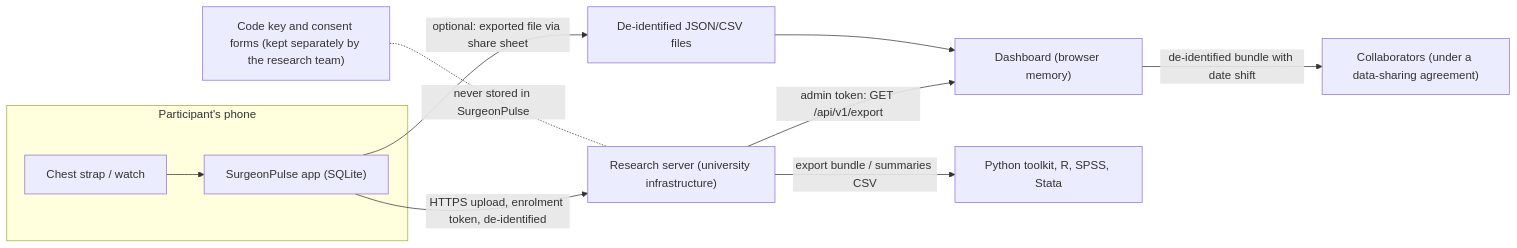
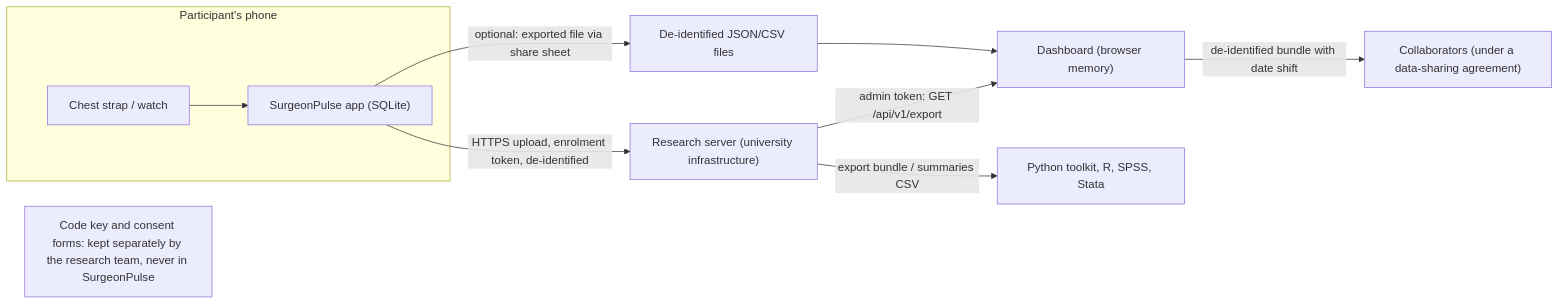
Before and after one commit to omargad/Assistive-technology-for-surgeons: the diagram in docs/privacy-ethics.md, drawn with Mermaid. The commit also changed other lines of this file and 9 other files, not shown here.

````diff
--- a/docs/privacy-ethics.md
+++ b/docs/privacy-ethics.md
@@ -162,13 +163,13 @@
 ```mermaid
 flowchart LR
   subgraph phone["Participant's phone"]
     strap["Chest strap / watch"] --> app["SurgeonPulse app (SQLite)"]
   end
   app -->|"HTTPS upload, enrolment token, de-identified"| server["Research server (university infrastructure)"]
   app -->|"optional: exported file via share sheet"| files["De-identified JSON/CSV files"]
   server -->|"admin token: GET /api/v1/export"| dash["Dashboard (browser memory)"]
   files --> dash
   server -->|"export bundle / summaries CSV"| analysis["Python toolkit, R, SPSS, Stata"]
   dash -->|"de-identified bundle with date shift"| share["Collaborators (under a data-sharing agreement)"]
-  key["Code key and consent forms (kept separately by the research team)"] -.-|"never stored in SurgeonPulse"| server
+  key["Code key and consent forms: kept separately by the research team, never in SurgeonPulse"]
 ```
````
